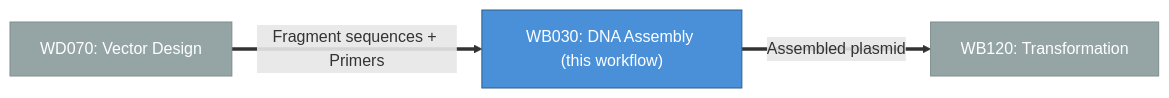
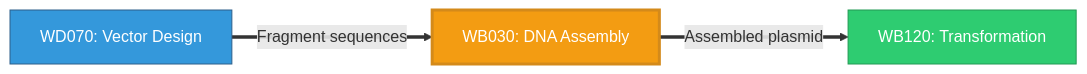
One commit to greendaygh/my-claude-skills changed the fourth of 4 diagrams in wf-output/references/visualization-guide.md. Above: the diagram before and after it, drawn with Mermaid. The commit also changed other lines of this file and 5 other files, not shown here.

````diff
--- a/wf-output/references/visualization-guide.md
+++ b/wf-output/references/visualization-guide.md
@@ -138,12 +205,13 @@
 ```mermaid
 graph LR
-    classDef thisWf fill:#4A90D9,stroke:#2C5F8A,color:white
-    classDef adjWf fill:#95A5A6,stroke:#7F8C8D,color:white
+    classDef current fill:#F39C12,stroke:#D48A1A,color:white,stroke-width:3px
+    classDef upstream fill:#3498DB,stroke:#2C5F8A,color:white
+    classDef downstream fill:#2ECC71,stroke:#229954,color:white
 
-    WD070["WD070: Vector Design"]:::adjWf
-    WB030["WB030: DNA Assembly (this workflow)"]:::thisWf
-    WB120["WB120: Transformation"]:::adjWf
+    WD070["WD070: Vector Design"]:::upstream
+    WB030["WB030: DNA Assembly"]:::current
+    WB120["WB120: Transformation"]:::downstream
 
-    WD070 ==>|"Fragment sequences + Primers"| WB030
+    WD070 ==>|"Fragment sequences"| WB030
     WB030 ==>|"Assembled plasmid"| WB120
 ```
````
